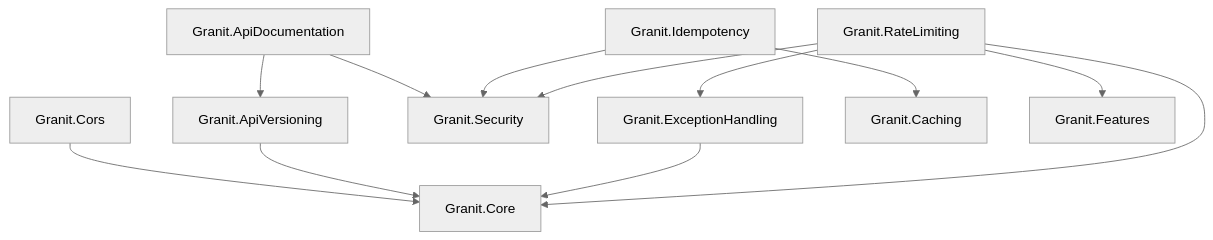
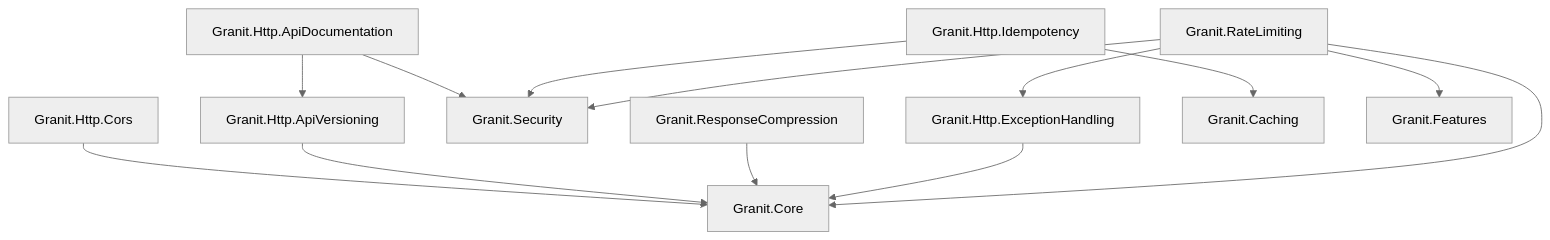
Before and after one commit to enraiz/granit-dotnet: the diagram in docs-site/src/content/docs/dotnet/api/index.mdx, drawn with Mermaid (neutral theme). The commit also changed other lines of this file and 1032 other files, not shown here.

````diff
--- a/docs-site/src/content/docs/dotnet/api/index.mdx
+++ b/docs-site/src/content/docs/dotnet/api/index.mdx
@@ -24,14 +49,15 @@
 ```mermaid
 graph TD
-    CORS[Granit.Cors] --> CO[Granit.Core]
-    AV[Granit.ApiVersioning] --> CO
-    AD[Granit.ApiDocumentation] --> AV
+    CORS[Granit.Http.Cors] --> CO[Granit.Core]
+    AV[Granit.Http.ApiVersioning] --> CO
+    AD[Granit.Http.ApiDocumentation] --> AV
     AD --> SEC[Granit.Security]
-    EH[Granit.ExceptionHandling] --> CO
-    ID[Granit.Idempotency] --> CA[Granit.Caching]
+    RC[Granit.ResponseCompression] --> CO
+    EH[Granit.Http.ExceptionHandling] --> CO
+    ID[Granit.Http.Idempotency] --> CA[Granit.Caching]
     ID --> SEC
     RL[Granit.RateLimiting] --> CO
     RL --> EH
     RL --> FT[Granit.Features]
     RL --> SEC
 ```
````
